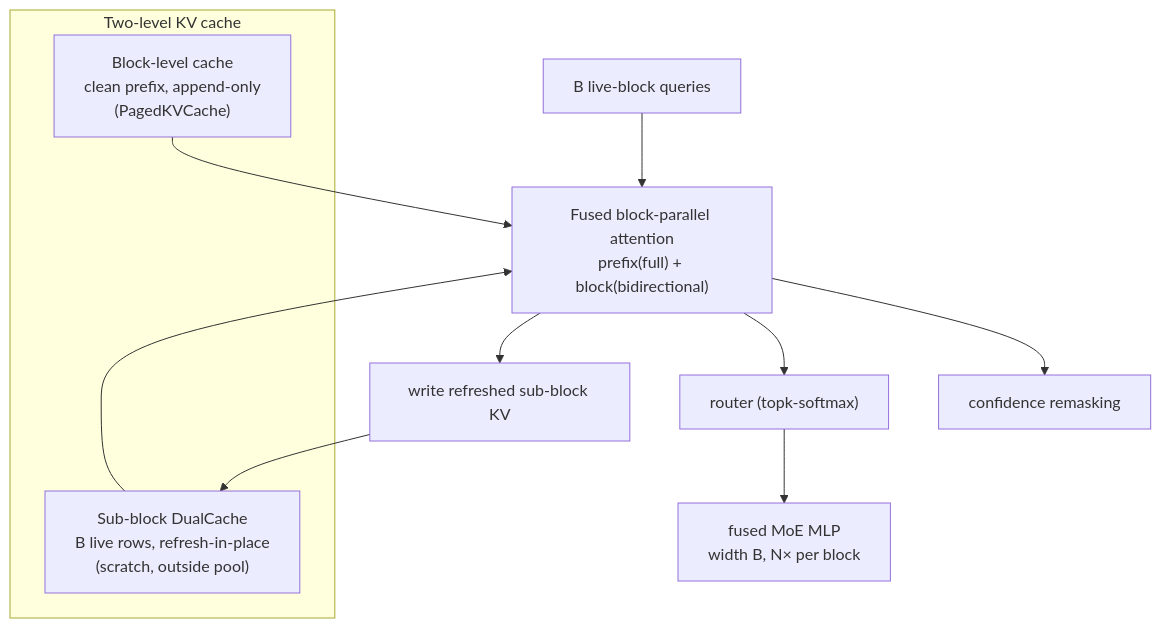
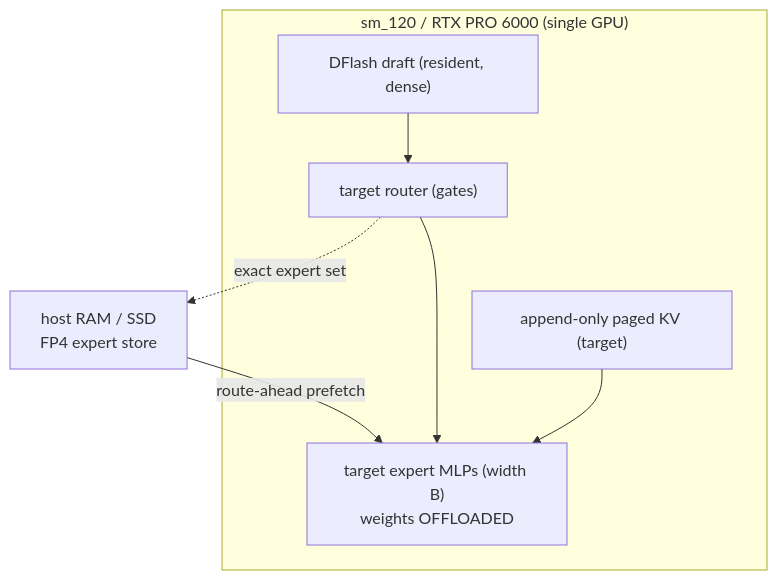
Before and after one commit to EfficientMoE/MoE-Infinity: the second of 3 diagrams in docs/design/pd-dflash-moe-serving.md, drawn with Mermaid. The commit also changed other lines of this file, not shown here.

Commit message:
docs(design): reframe as DFlash speculative decoding (Z Lab); route-ahead expert prefetch; sm_120/RTX PRO 6000 target; Qwen+GPT-OSS generalization

````diff
--- a/docs/design/pd-dflash-moe-serving.md
+++ b/docs/design/pd-dflash-moe-serving.md
@@ -136,13 +139,13 @@
 ```mermaid
 flowchart TB
-  subgraph Cache["Two-level KV cache"]
-    BL["Block-level cache<br/>clean prefix, append-only<br/>(PagedKVCache)"]
-    SB["Sub-block DualCache<br/>B live rows, refresh-in-place<br/>(scratch, outside pool)"]
+  subgraph GPU["sm_120 / RTX PRO 6000 (single GPU)"]
+    DR["DFlash draft (resident, dense)"]
+    RT["target router (gates)"]
+    EX["target expert MLPs (width B)<br/>weights OFFLOADED"]
+    KV["append-only paged KV (target)"]
   end
-  Q["B live-block queries"] --> K["Fused block-parallel attention<br/>prefix(full) + block(bidirectional)"]
-  BL --> K
-  SB --> K
-  K --> W["write refreshed sub-block KV"] --> SB
-  K --> R["router (topk-softmax)"] --> MoE["fused MoE MLP<br/>width B, N× per block"]
-  K --> RM["confidence remasking"]
+  HOST["host RAM / SSD<br/>FP4 expert store"] -->|route-ahead prefetch| EX
+  DR --> RT --> EX
+  KV --> EX
+  RT -.exact expert set.-> HOST
 ```
````
